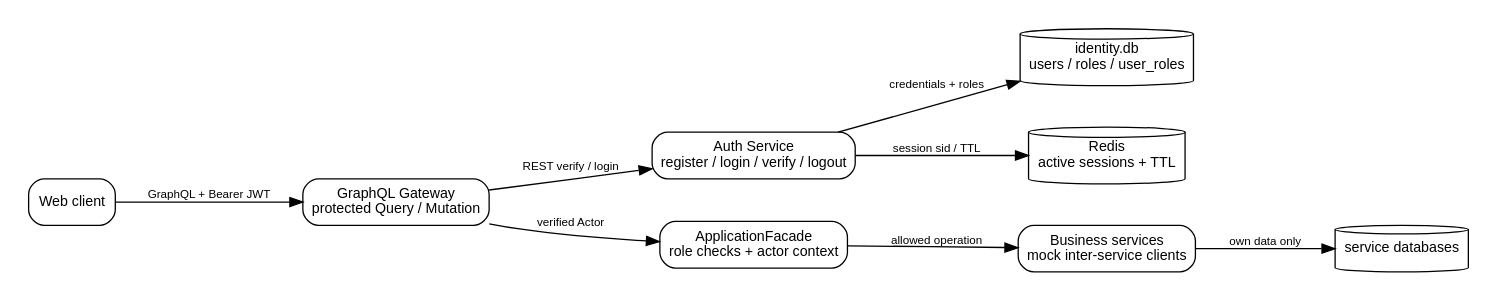
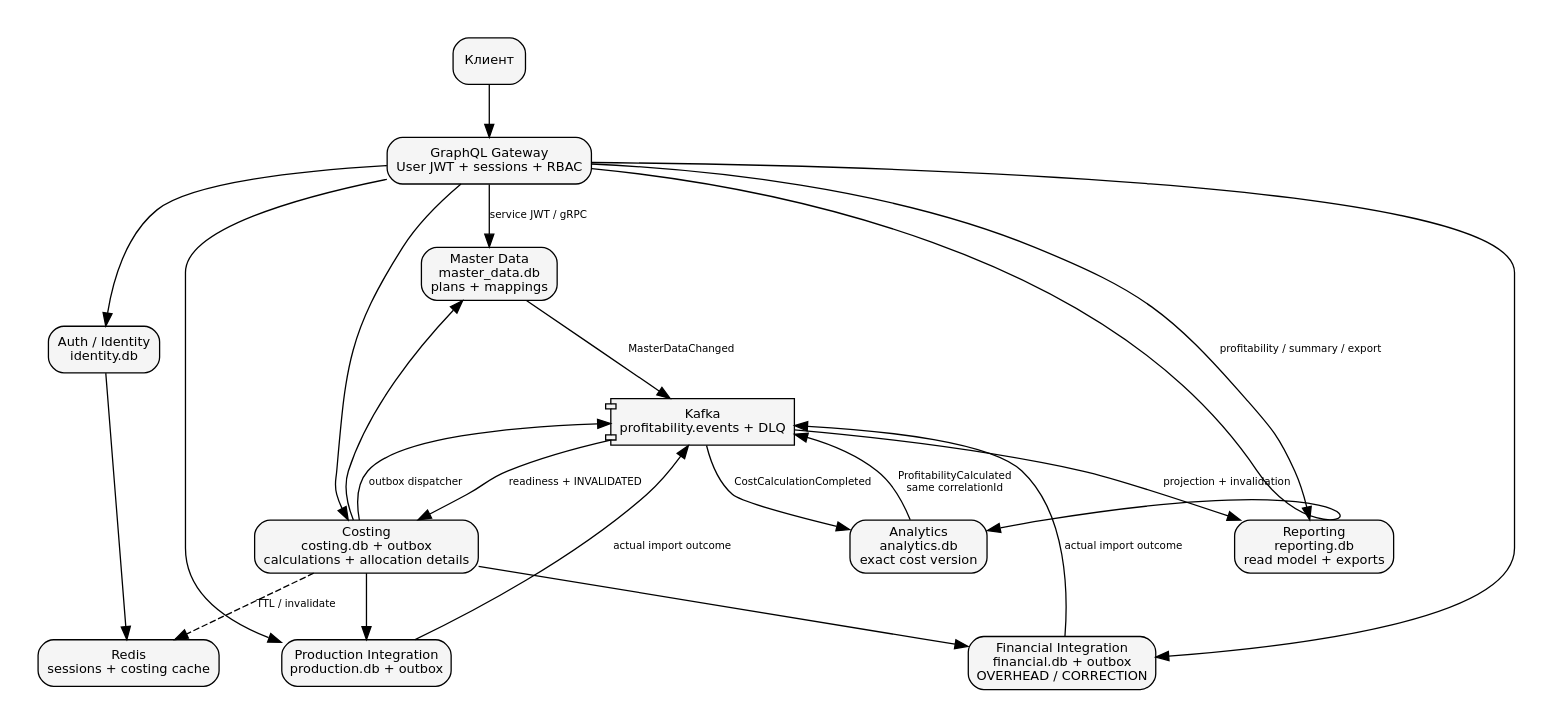
One commit to burbble/iisik changed the diagram in docs/security_architecture.dot. Above: the diagram before and after it, drawn with Graphviz. The commit also changed 12 other files, not shown here.

First line of the commit message:
docs: describe corrected architecture and verification scenarios

```diff
--- a/docs/security_architecture.dot
+++ b/docs/security_architecture.dot
@@ -1,23 +1,22 @@
-digraph G {
-  rankdir=LR;
-  graph [bgcolor="white", pad="0.2", nodesep="0.45", ranksep="0.7"];
-  node [shape=box, style="rounded", fontname="Arial", fontsize=11, color="black", fontcolor="black"];
-  edge [fontname="Arial", fontsize=9, color="black", fontcolor="black"];
-
-  client [label="Web client"];
-  gateway [label="GraphQL Gateway\nprotected Query / Mutation"];
-  auth [label="Auth Service\nregister / login / verify / logout"];
-  identity [label="identity.db\nusers / roles / user_roles", shape=cylinder];
-  redis [label="Redis\nactive sessions + TTL", shape=cylinder];
-  facade [label="ApplicationFacade\nrole checks + actor context"];
-  services [label="Business services\nmock inter-service clients"];
-  dbs [label="service databases", shape=cylinder];
-
-  client -> gateway [label="GraphQL + Bearer JWT"];
-  gateway -> auth [label="REST verify / login"];
-  auth -> identity [label="credentials + roles"];
-  auth -> redis [label="session sid / TTL"];
-  gateway -> facade [label="verified Actor"];
-  facade -> services [label="allowed operation"];
-  services -> dbs [label="own data only"];
+digraph Architecture {
+ graph [rankdir=TB, bgcolor="white", pad=0.3, nodesep=0.4, ranksep=0.55];
+ node [shape=box, style="rounded,filled", fillcolor="#f5f5f5", fontname="DejaVu Sans", fontsize=10];
+ edge [fontname="DejaVu Sans", fontsize=8];
+ client [label="Клиент"]; gateway [label="GraphQL Gateway\nUser JWT + sessions + RBAC"];
+ auth [label="Auth / Identity\nidentity.db"]; redis [label="Redis\nsessions + costing cache"];
+ master [label="Master Data\nmaster_data.db\nplans + mappings"];
+ production [label="Production Integration\nproduction.db + outbox"];
+ financial [label="Financial Integration\nfinancial.db + outbox\nOVERHEAD / CORRECTION"];
+ costing [label="Costing\ncosting.db + outbox\ncalculations + allocation details"];
+ analytics [label="Analytics\nanalytics.db\nexact cost version"];
+ reporting [label="Reporting\nreporting.db\nread model + exports"];
+ kafka [label="Kafka\nprofitability.events + DLQ",shape=component];
+ client -> gateway; gateway -> auth; auth -> redis;
+ gateway -> master [label="service JWT / gRPC"]; gateway -> production; gateway -> financial;
+ gateway -> costing; gateway -> analytics; gateway -> reporting [label="profitability / summary / export"];
+ costing -> master; costing -> production; costing -> financial; costing -> redis [style=dashed,label="TTL / invalidate"];
+ production -> kafka [label="actual import outcome"]; financial -> kafka [label="actual import outcome"];
+ master -> kafka [label="MasterDataChanged"]; costing -> kafka [label="outbox dispatcher"];
+ kafka -> costing [label="readiness + INVALIDATED"]; kafka -> analytics [label="CostCalculationCompleted"];
+ analytics -> kafka [label="ProfitabilityCalculated\nsame correlationId"]; kafka -> reporting [label="projection + invalidation"];
 }
```
